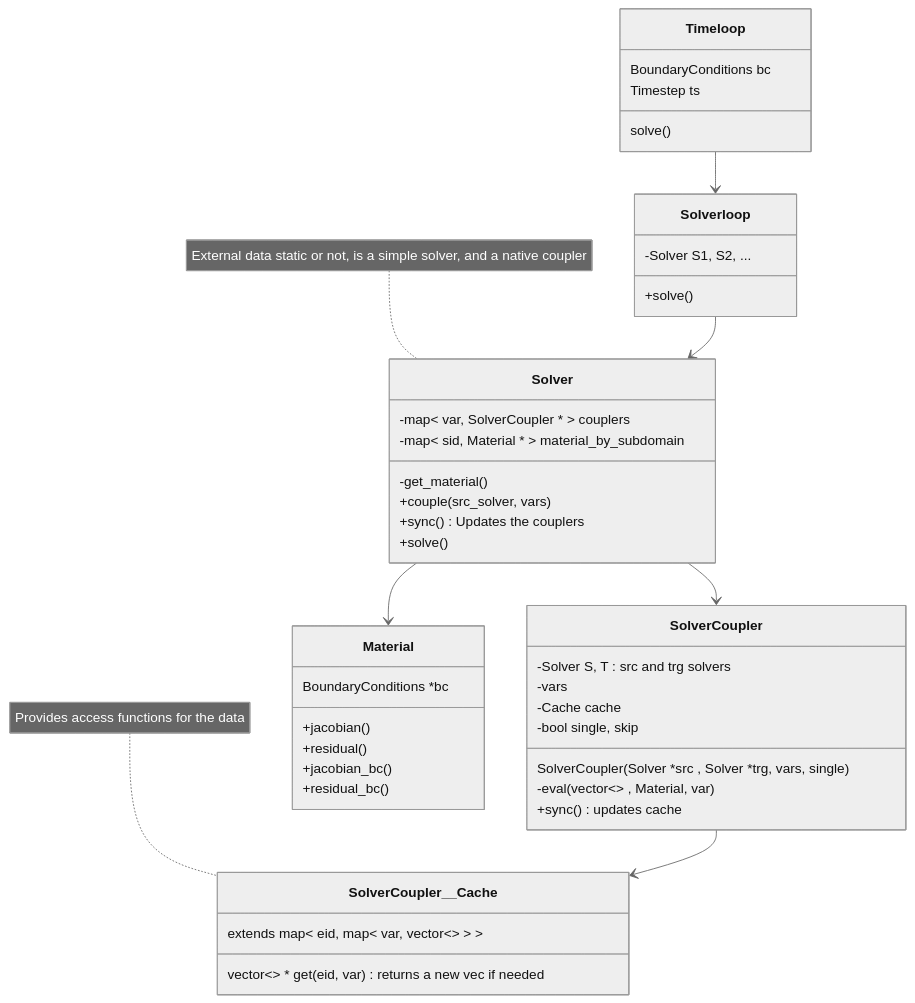
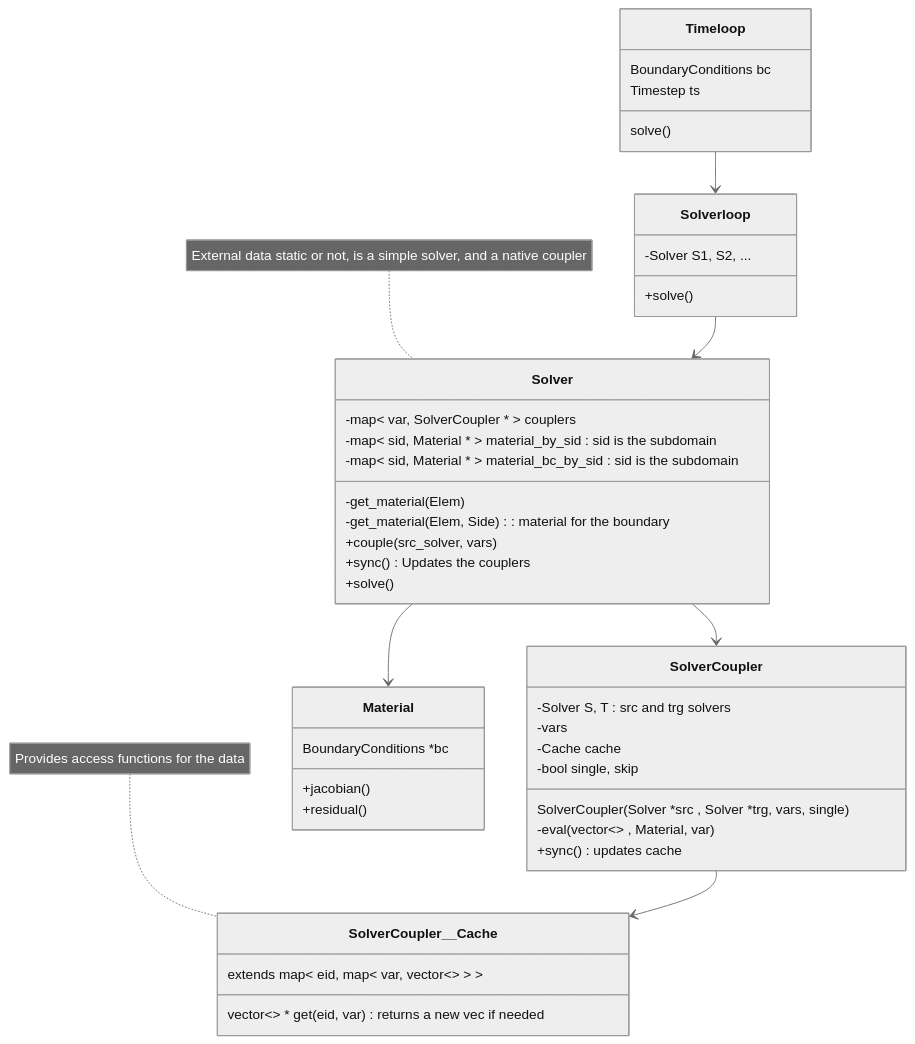
The first of 2 diagrams in doc/Description.md (rebpoli/harpy), drawn with Mermaid (neutral theme) before and after one commit. The commit also changed other lines of this file, not shown here.

````diff
--- a/doc/Description.md
+++ b/doc/Description.md
@@ -20,59 +20,59 @@
 ```mermaid
 %% Interfaces, abstract classes
 classDiagram
     class Timeloop { 
         BoundaryConditions bc
         Timestep ts
         solve()
     }
 
     %% The solver loop couples the solvers
     class Solverloop {
         -Solver S1, S2, ...
         +solve()
     }
 
     %% Does the calculations and hold the cached data needed to couple SRC->TRG
     %% Can be specialized for more complex data types (e.g. stress or velocities)
     class SolverCoupler__Cache {
         extends map< eid, map< var, vector<> > >
         vector<> * get( eid, var ) returns a new vec if needed
     }
     note for SolverCoupler__Cache "Provides access functions for the data"
     class SolverCoupler {
         SolverCoupler( Solver *src , Solver *trg, vars, single )
         -Solver S, T : src and trg solvers
         -vars
         -Cache cache
         -bool single, skip
         -eval( vector<> , Material, var )
         +sync() updates cache
     }
     SolverCoupler --> SolverCoupler__Cache
 
     %% The solver keeps its own couplers
     class Solver {
         -map< var, SolverCoupler * > couplers
-        -map< sid, Material * > material_by_subdomain
-        -get_material()
+        -map< sid, Material * > material_by_sid : sid is the subdomain
+        -map< sid, Material * > material_bc_by_sid : sid is the subdomain
+        -get_material( Elem )
+        -get_material( Elem, Side ) : material for the boundary
         +couple(src_solver, vars)
         +sync()  Updates the couplers
         +solve()
     }
     Solver--> SolverCoupler
     note for Solver "External data static or not, is a simple solver, and a native coupler"
 
 
     class Material {
         BoundaryConditions *bc
         +jacobian()
         +residual()
-        +jacobian_bc()
-        +residual_bc()
     }
 
     Timeloop --> Solverloop
     Solverloop --> Solver
     Solver --> Material
 
 ```
````
